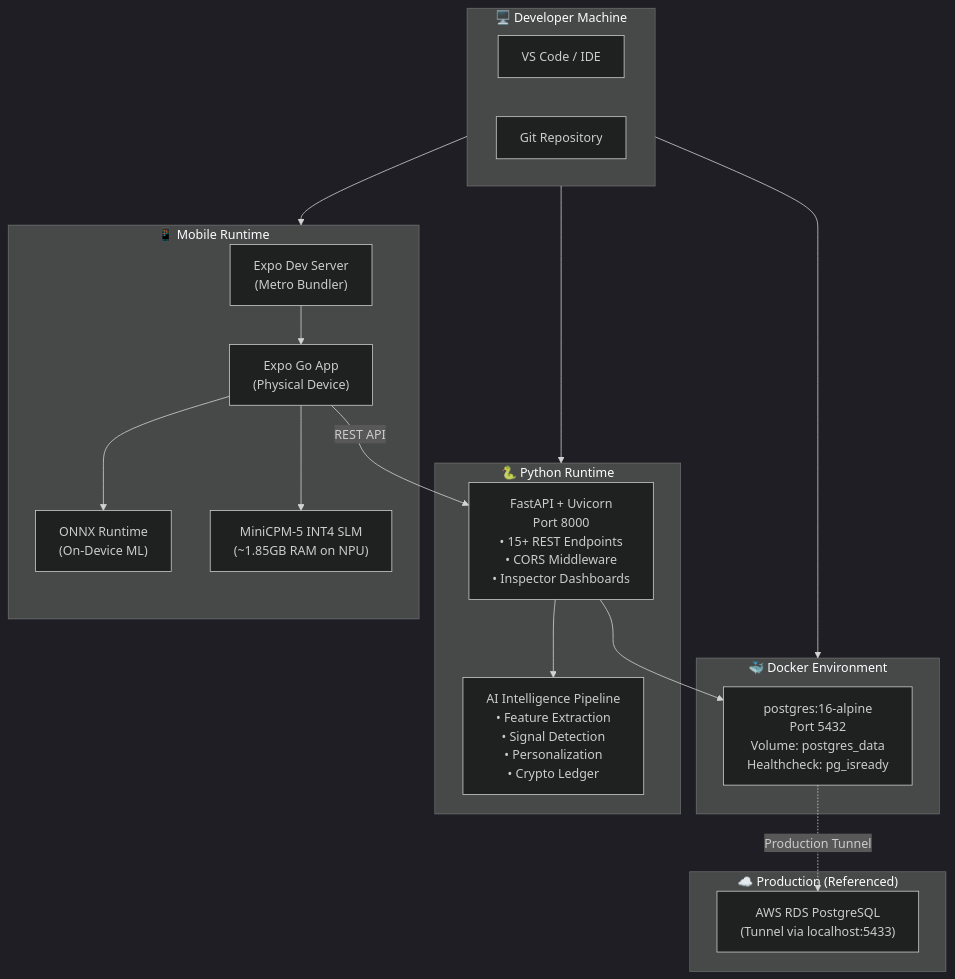
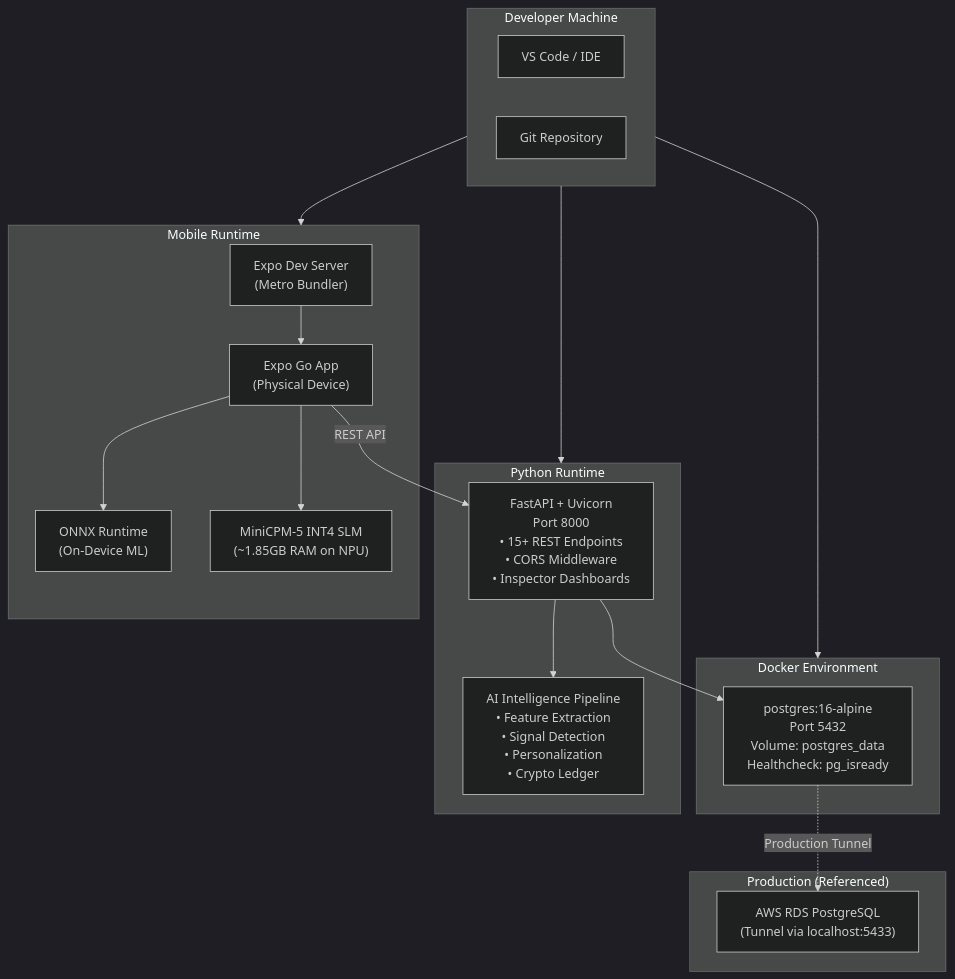
The fourth of 39 diagrams in README.md (Neutron-0/ABC-Bank), drawn with Mermaid (dark theme) before and after one commit. The commit also changed other lines of this file, not shown here.

````diff
--- a/README.md
+++ b/README.md
@@ -451,38 +451,38 @@
 ```mermaid
 flowchart TD
-    subgraph DevMachine["🖥️ Developer Machine"]
-        VSCode["VS Code / IDE"]
-        Git["Git Repository"]
-    end
+  subgraph DevMachine["Developer Machine"]
+    VSCode["VS Code / IDE"]
+    Git["Git Repository"]
+  end
 
-    subgraph DockerEnv["🐳 Docker Environment"]
-        PostgresContainer["postgres:16-alpine\n Port 5432\n Volume: postgres_data\n Healthcheck: pg_isready"]
-    end
+  subgraph DockerEnv["Docker Environment"]
+    PostgresContainer["postgres:16-alpine\n Port 5432\n Volume: postgres_data\n Healthcheck: pg_isready"]
+  end
 
-    subgraph PythonRuntime["🐍 Python Runtime"]
-        FastAPIServer["FastAPI + Uvicorn\nPort 8000\n• 15+ REST Endpoints\n• CORS Middleware\n• Inspector Dashboards"]
-        AIPipeline["AI Intelligence Pipeline\n• Feature Extraction\n• Signal Detection\n• Personalization\n• Crypto Ledger"]
-    end
+  subgraph PythonRuntime["Python Runtime"]
+    FastAPIServer["FastAPI + Uvicorn\nPort 8000\n• 15+ REST Endpoints\n• CORS Middleware\n• Inspector Dashboards"]
+    AIPipeline["AI Intelligence Pipeline\n• Feature Extraction\n• Signal Detection\n• Personalization\n• Crypto Ledger"]
+  end
 
-    subgraph MobileRuntime["📱 Mobile Runtime"]
-        ExpoDevServer["Expo Dev Server\n(Metro Bundler)"]
-        ExpoGoApp["Expo Go App\n(Physical Device)"]
-        ONNXRuntime["ONNX Runtime\n(On-Device ML)"]
-        MiniCPMRuntime["MiniCPM-5 INT4 SLM\n(~1.85GB RAM on NPU)"]
-    end
+  subgraph MobileRuntime["Mobile Runtime"]
+    ExpoDevServer["Expo Dev Server\n(Metro Bundler)"]
+    ExpoGoApp["Expo Go App\n(Physical Device)"]
+    ONNXRuntime["ONNX Runtime\n(On-Device ML)"]
+    MiniCPMRuntime["MiniCPM-5 INT4 SLM\n(~1.85GB RAM on NPU)"]
+  end
 
-    subgraph ProductionHint["☁️ Production (Referenced)"]
-        AWSRDS["AWS RDS PostgreSQL\n(Tunnel via localhost:5433)"]
-    end
+  subgraph ProductionHint["Production (Referenced)"]
+    AWSRDS["AWS RDS PostgreSQL\n(Tunnel via localhost:5433)"]
+  end
 
-    DevMachine --> DockerEnv
-    DevMachine --> PythonRuntime
-    DevMachine --> MobileRuntime
-    FastAPIServer --> PostgresContainer
-    FastAPIServer --> AIPipeline
-    ExpoDevServer --> ExpoGoApp
-    ExpoGoApp --> ONNXRuntime
-    ExpoGoApp --> MiniCPMRuntime
-    ExpoGoApp -->|"REST API"| FastAPIServer
-    PostgresContainer -.->|"Production Tunnel"| AWSRDS
+  DevMachine --> DockerEnv
+  DevMachine --> PythonRuntime
+  DevMachine --> MobileRuntime
+  FastAPIServer --> PostgresContainer
+  FastAPIServer --> AIPipeline
+  ExpoDevServer --> ExpoGoApp
+  ExpoGoApp --> ONNXRuntime
+  ExpoGoApp --> MiniCPMRuntime
+  ExpoGoApp -->|"REST API"| FastAPIServer
+  PostgresContainer -.->|"Production Tunnel"| AWSRDS
 ```
````
